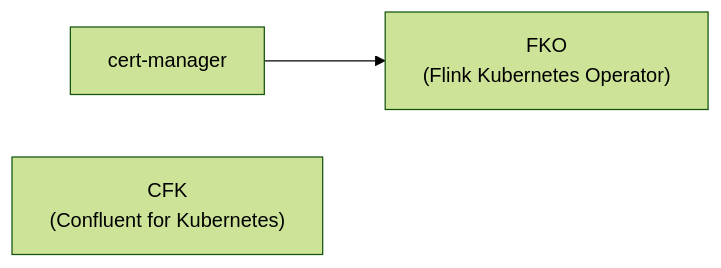
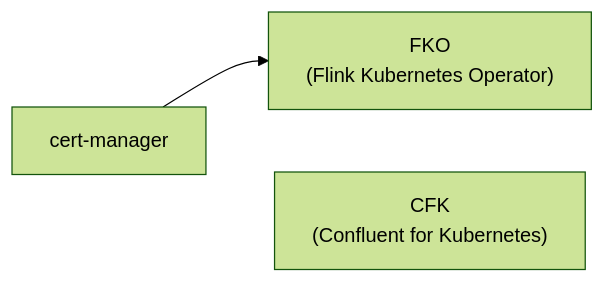
Before and after one commit to aadmassu/flink-on-k8s-with-cp: the second of 3 diagrams in README-PHASE-I.md, drawn with Mermaid (forest theme). The commit also changed 1 other file, not shown here.

Commit message:
Align CFK box under FKO in dependency chain diagrams

````diff
--- a/README-PHASE-I.md
+++ b/README-PHASE-I.md
@@ -78,5 +78,5 @@
 ```mermaid
 flowchart LR
     A["cert-manager"] --> B["FKO<br>(Flink Kubernetes Operator)"]
-    C["CFK<br>(Confluent for Kubernetes)"]
+    A ~~~ C["CFK<br>(Confluent for Kubernetes)"]
 ```
````
